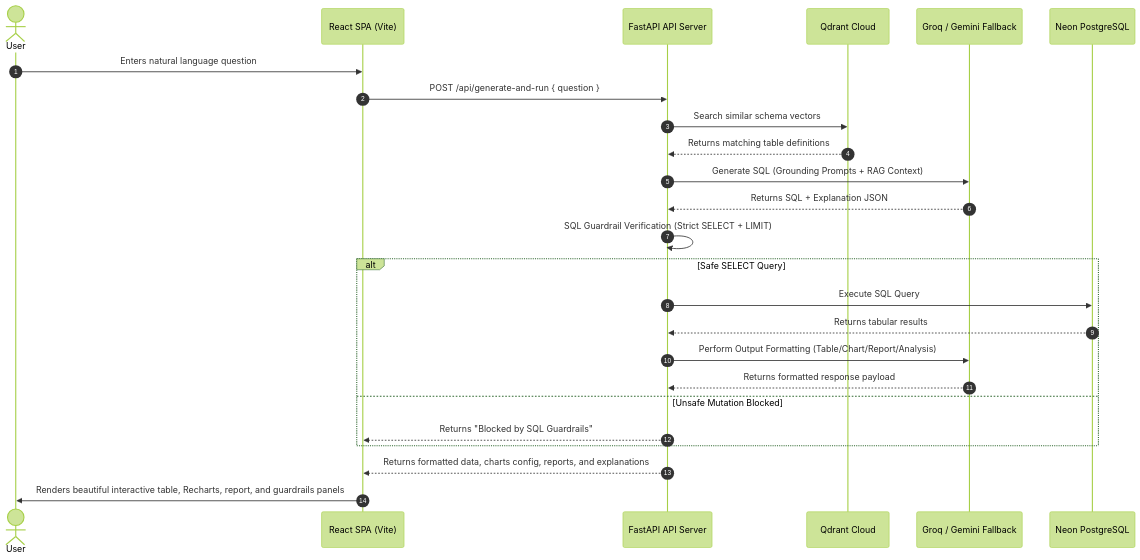
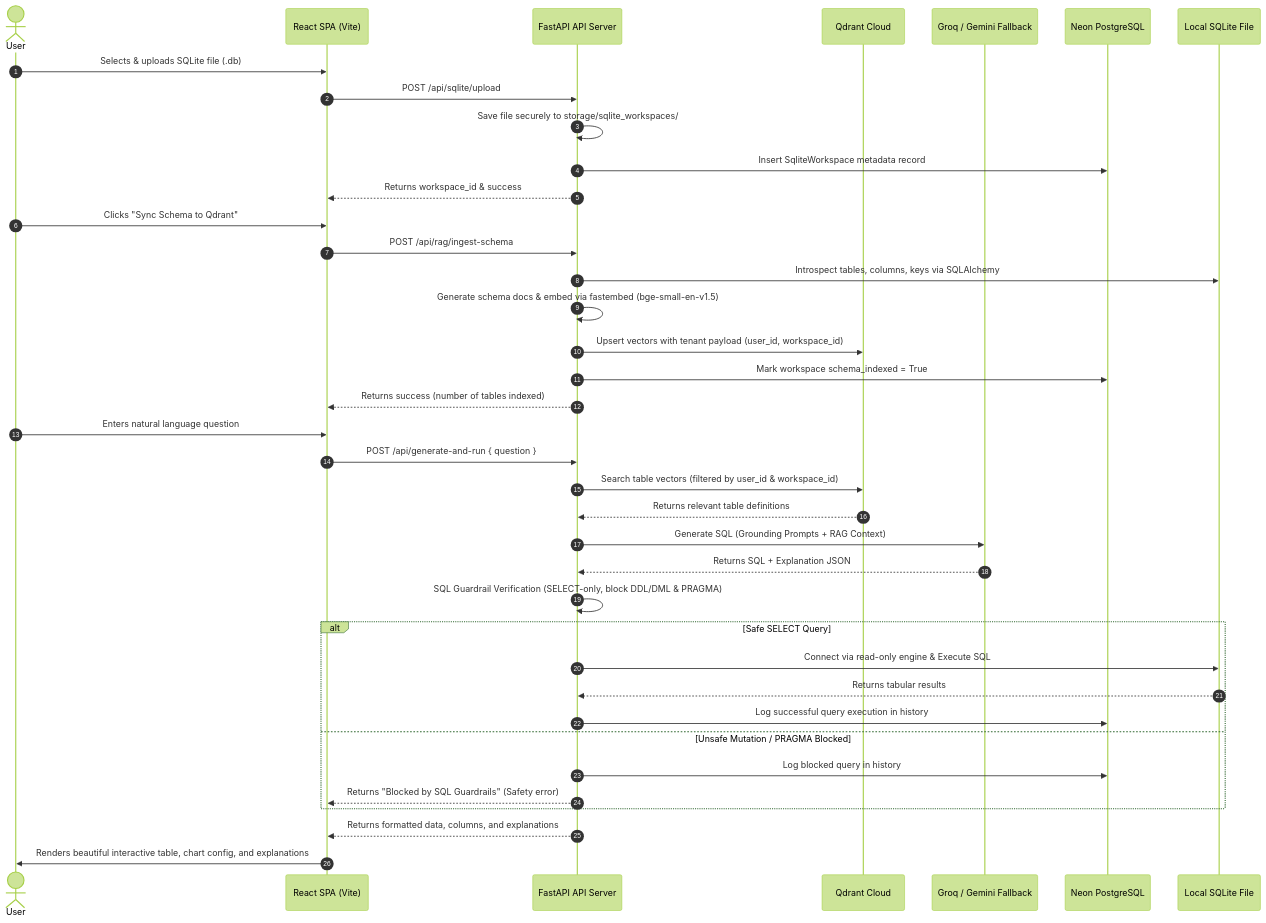
Before and after one commit to jaiyan-th/SQL-Query-Agent: the diagram in docs/ARCHITECTURE.md, drawn with Mermaid (forest theme). The commit also changed other lines of this file and 36 other files, not shown here.

Commit message:
feat: implement SQLite database file upload and workspace flow, update documentation and configurations

````diff
--- a/docs/ARCHITECTURE.md
+++ b/docs/ARCHITECTURE.md
@@ -7,28 +9,45 @@
 ```mermaid
 sequenceDiagram
     autonumber
     actor User
     participant Frontend as React SPA (Vite)
     participant Backend as FastAPI API Server
     participant VectorStore as Qdrant Cloud
     participant LLM as Groq / Gemini Fallback
-    participant Database as Neon PostgreSQL
+    participant PlatformDB as Neon PostgreSQL
+    participant SQLiteDB as Local SQLite File
 
+    %% Setup & Ingestion
+    User->>Frontend: Selects & uploads SQLite file (.db)
+    Frontend->>Backend: POST /api/sqlite/upload
+    Backend->>Backend: Save file securely to storage/sqlite_workspaces/
+    Backend->>PlatformDB: Insert SqliteWorkspace metadata record
+    Backend-->>Frontend: Returns workspace_id & success
+
+    User->>Frontend: Clicks "Sync Schema to Qdrant"
+    Frontend->>Backend: POST /api/rag/ingest-schema
+    Backend->>SQLiteDB: Introspect tables, columns, keys via SQLAlchemy
+    Backend->>Backend: Generate schema docs & embed via fastembed (bge-small-en-v1.5)
+    Backend->>VectorStore: Upsert vectors with tenant payload (user_id, workspace_id)
+    Backend->>PlatformDB: Mark workspace schema_indexed = True
+    Backend-->>Frontend: Returns success (number of tables indexed)
+
+    %% Query Pipeline
     User->>Frontend: Enters natural language question
     Frontend->>Backend: POST /api/generate-and-run { question }
-    Backend->>VectorStore: Search similar schema vectors
-    VectorStore-->>Backend: Returns matching table definitions
+    Backend->>VectorStore: Search table vectors (filtered by user_id & workspace_id)
+    VectorStore-->>Backend: Returns relevant table definitions
     Backend->>LLM: Generate SQL (Grounding Prompts + RAG Context)
     LLM-->>Backend: Returns SQL + Explanation JSON
-    Backend->>Backend: SQL Guardrail Verification (Strict SELECT + LIMIT)
+    Backend->>Backend: SQL Guardrail Verification (SELECT-only, block DDL/DML & PRAGMA)
     alt Safe SELECT Query
-        Backend->>Database: Execute SQL Query
-        Database-->>Backend: Returns tabular results
-        Backend->>LLM: Perform Output Formatting (Table/Chart/Report/Analysis)
-        LLM-->>Backend: Returns formatted response payload
-    else Unsafe Mutation Blocked
-        Backend-->>Frontend: Returns "Blocked by SQL Guardrails"
+        Backend->>SQLiteDB: Connect via read-only engine & Execute SQL
+        SQLiteDB-->>Backend: Returns tabular results
+        Backend->>PlatformDB: Log successful query execution in history
+    else Unsafe Mutation / PRAGMA Blocked
+        Backend->>PlatformDB: Log blocked query in history
+        Backend-->>Frontend: Returns "Blocked by SQL Guardrails" (Safety error)
     end
-    Backend-->>Frontend: Returns formatted data, charts config, reports, and explanations
-    Frontend->>User: Renders beautiful interactive table, Recharts, report, and guardrails panels
+    Backend-->>Frontend: Returns formatted data, columns, and explanations
+    Frontend->>User: Renders beautiful interactive table, chart config, and explanations
 ```
````
